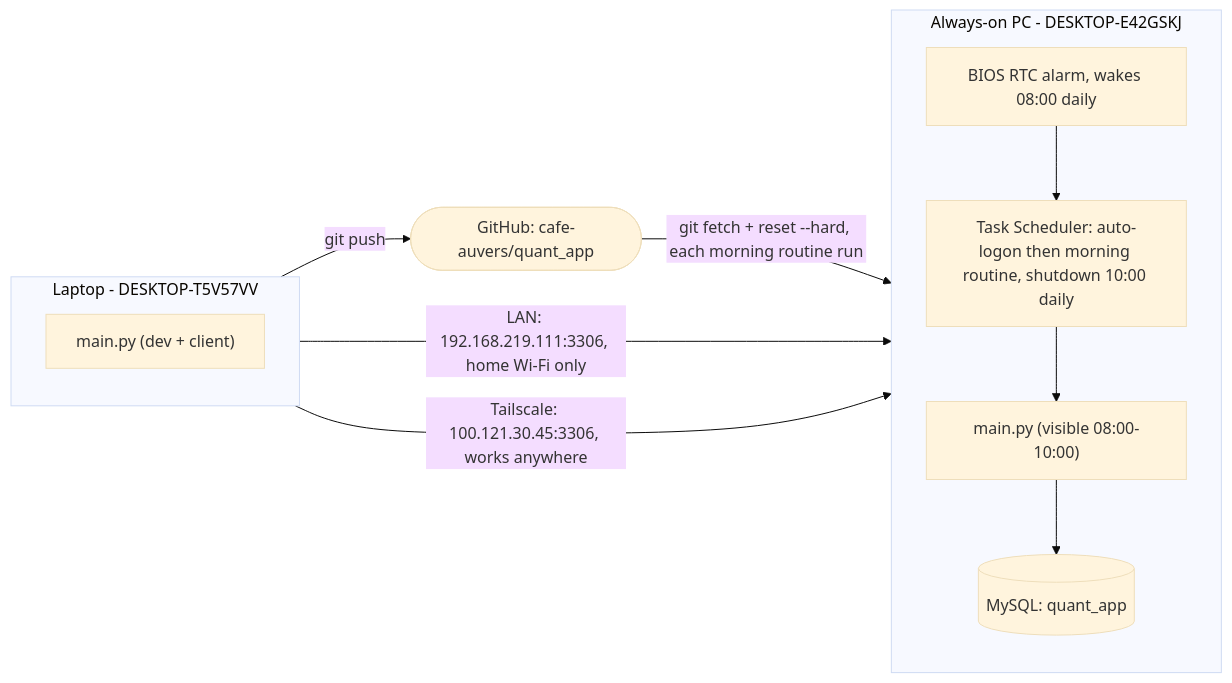
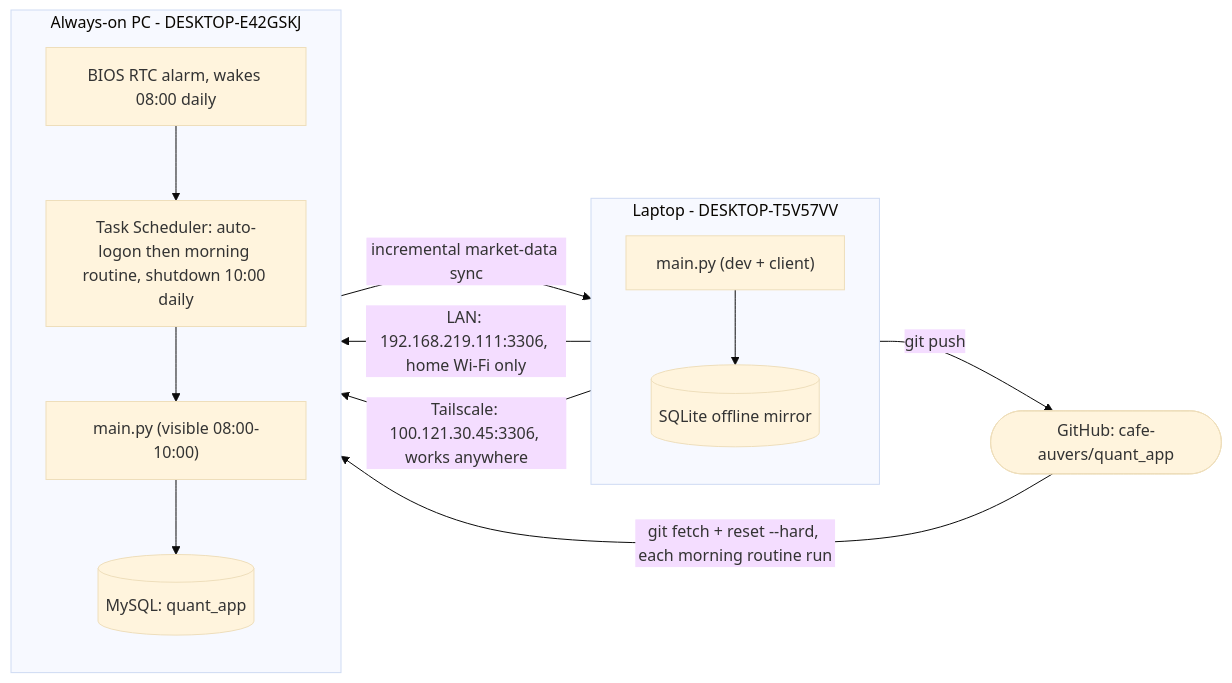
One commit to cafe-auvers/quant_app changed the diagram in docs/pc_sync_data_pipeline.md. Above: the diagram before and after it, drawn with Mermaid (base theme). The commit also changed other lines of this file and 10 other files, not shown here.

````diff
--- a/docs/pc_sync_data_pipeline.md
+++ b/docs/pc_sync_data_pipeline.md
@@ -26,23 +29,26 @@
 ```mermaid
 flowchart LR
   repo(["GitHub: cafe-auvers/quant_app"])
 
   subgraph LAP["Laptop - DESKTOP-T5V57VV"]
     direction TB
     mainL["main.py (dev + client)"]
+    mirror[("SQLite offline mirror")]
+    mainL --> mirror
   end
 
   subgraph PCBOX["Always-on PC - DESKTOP-E42GSKJ"]
     direction TB
     bios["BIOS RTC alarm, wakes 08:00 daily"]
     sched["Task Scheduler: auto-logon then morning routine, shutdown 10:00 daily"]
     mainP["main.py (visible 08:00-10:00)"]
     db[("MySQL: quant_app")]
     bios --> sched --> mainP --> db
   end
 
   mainL -- "git push" --> repo
   repo -- "git fetch + reset --hard, each morning routine run" --> sched
   mainL -- "LAN: 192.168.219.111:3306, home Wi-Fi only" --> db
   mainL -- "Tailscale: 100.121.30.45:3306, works anywhere" --> db
+  db -- "incremental market-data sync" --> mirror
 ```
````
